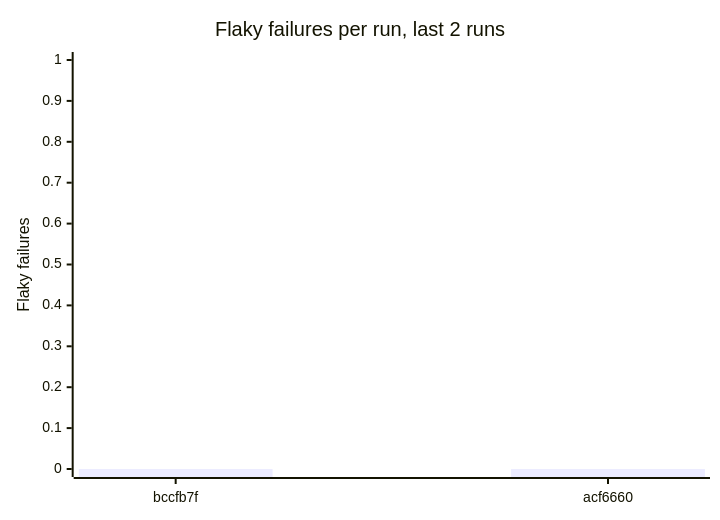
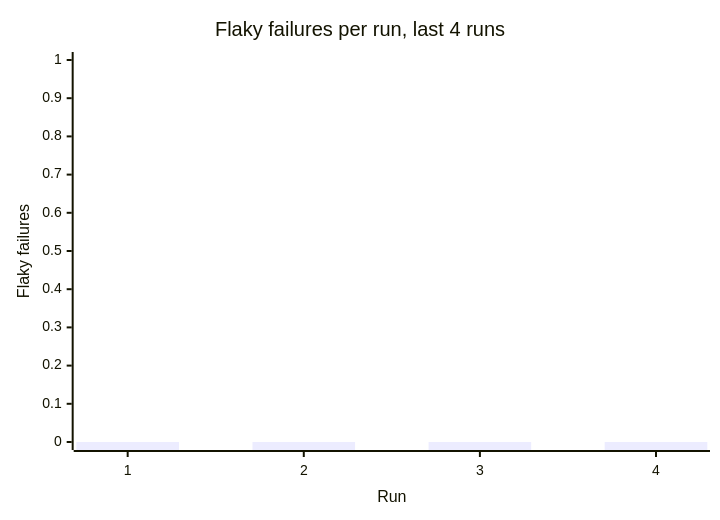
The second of 3 diagrams in reports/summary.md (Shirojoufu/Service-Template), drawn with Mermaid before and after one commit. The commit also changed other lines of this file and 5 other files, not shown here.

````diff
--- a/reports/summary.md
+++ b/reports/summary.md
@@ -25,7 +25,7 @@
 ```mermaid
 xychart-beta
-    title "Flaky failures per run, last 2 runs"
-    x-axis ["bccfb7f", "acf6660"]
+    title "Flaky failures per run, last 4 runs"
+    x-axis "Run" [1, 2, 3, 4]
     y-axis "Flaky failures" 0 --> 1
-    bar [0, 0]
+    bar [0, 0, 0, 0]
 ```
````
